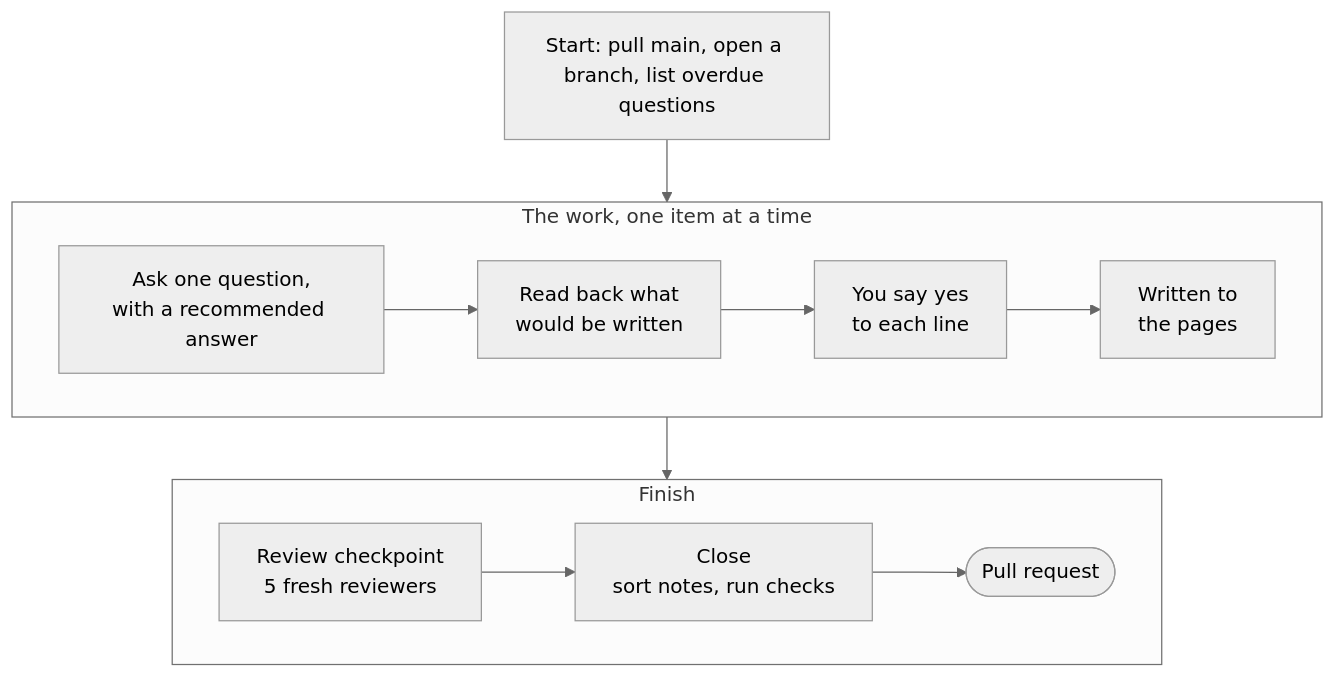
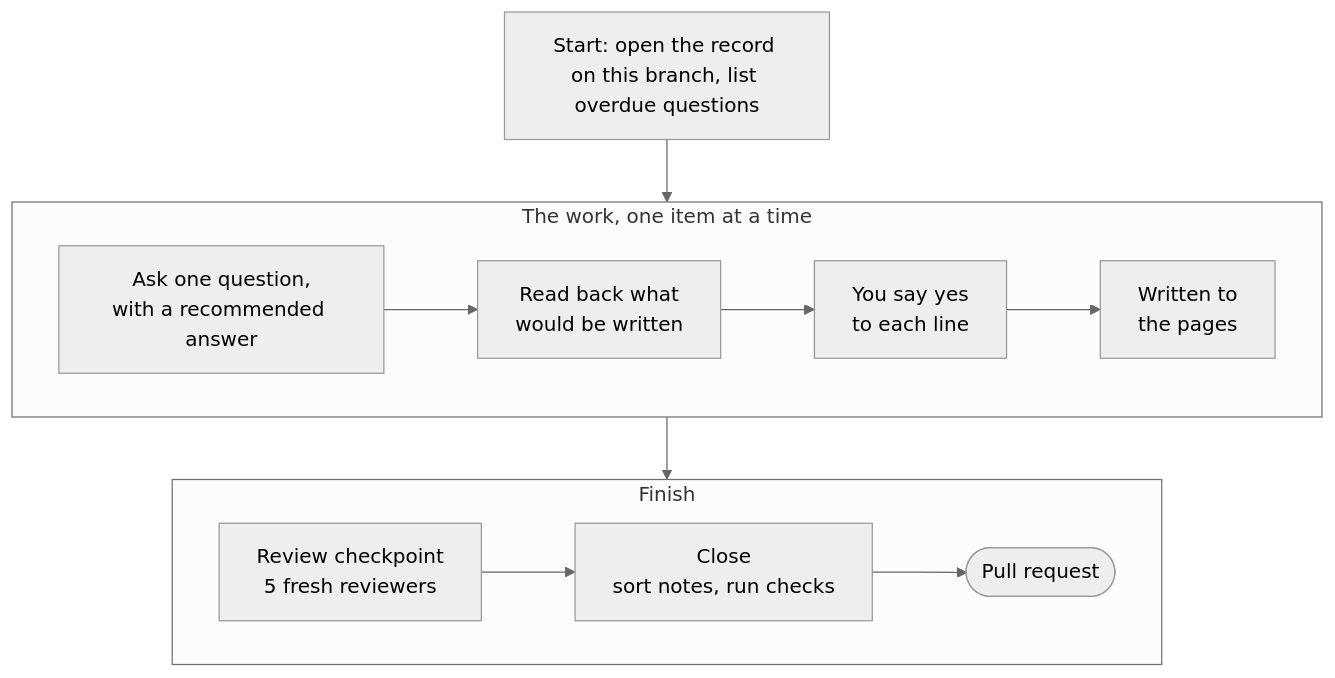
Before and after one commit to smalls257/vela: the second of 4 diagrams in docs/PHILOSOPHY.md, drawn with Mermaid (neutral theme). The commit also changed other lines of this file and 28 other files, not shown here.

````diff
--- a/docs/PHILOSOPHY.md
+++ b/docs/PHILOSOPHY.md
@@ -83,13 +83,13 @@
 ```mermaid
 flowchart TB
-  start["Start: pull main, open a branch, list overdue questions"]
+  start["Start: open the record on this branch, list overdue questions"]
   subgraph work["The work, one item at a time"]
     direction LR
     ask["Ask one question,<br/>with a recommended answer"] --> readback["Read back what<br/>would be written"] --> yes["You say yes<br/>to each line"] --> write["Written to<br/>the pages"]
   end
   subgraph finish["Finish"]
     direction LR
     review["Review checkpoint<br/>5 fresh reviewers"] --> close["Close<br/>sort notes, run checks"] --> pr(["Pull request"])
   end
   start --> work --> finish
 ```
````
